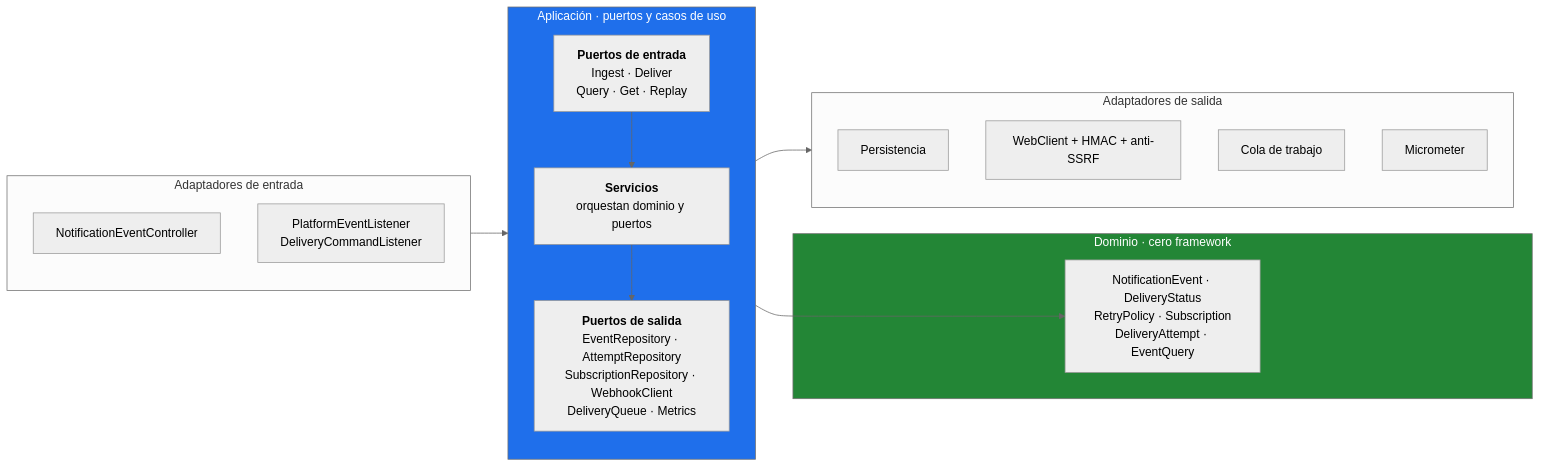
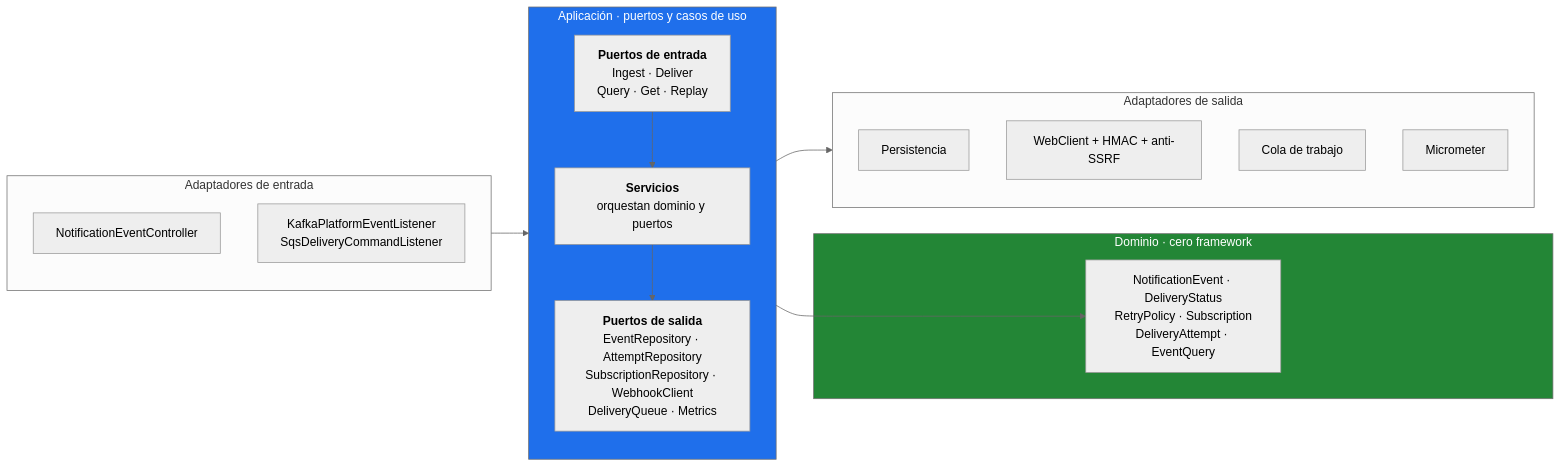
Before and after one commit to ssalaza7/cobre-notification-delivery: the third of 7 diagrams in docs/01-diseno-del-sistema.md, drawn with Mermaid (neutral theme). The commit also changed other lines of this file and 2 other files, not shown here.

````diff
--- a/docs/01-diseno-del-sistema.md
+++ b/docs/01-diseno-del-sistema.md
@@ -129,33 +110,33 @@
 ```mermaid
 flowchart LR
     subgraph in["Adaptadores de entrada"]
         rest["NotificationEventController"]
-        amqp["PlatformEventListener<br/>DeliveryCommandListener"]
+        msg["KafkaPlatformEventListener<br/>SqsDeliveryCommandListener"]
     end
 
     subgraph app["Aplicación · puertos y casos de uso"]
         direction TB
         pin["<b>Puertos de entrada</b><br/>Ingest · Deliver<br/>Query · Get · Replay"]
         uc["<b>Servicios</b><br/>orquestan dominio y puertos"]
         pout["<b>Puertos de salida</b><br/>EventRepository · AttemptRepository<br/>SubscriptionRepository · WebhookClient<br/>DeliveryQueue · Metrics"]
         pin --> uc --> pout
     end
 
     subgraph dom["Dominio · cero framework"]
         model["NotificationEvent · DeliveryStatus<br/>RetryPolicy · Subscription<br/>DeliveryAttempt · EventQuery"]
     end
 
     subgraph out["Adaptadores de salida"]
         r2dbc["Persistencia"]
         web["WebClient + HMAC + anti-SSRF"]
         mq["Cola de trabajo"]
         met["Micrometer"]
     end
 
     in --> pin
     uc --> model
     pout --> out
 
     style dom fill:#238636,color:#fff
     style app fill:#1f6feb,color:#fff
 ```
````
